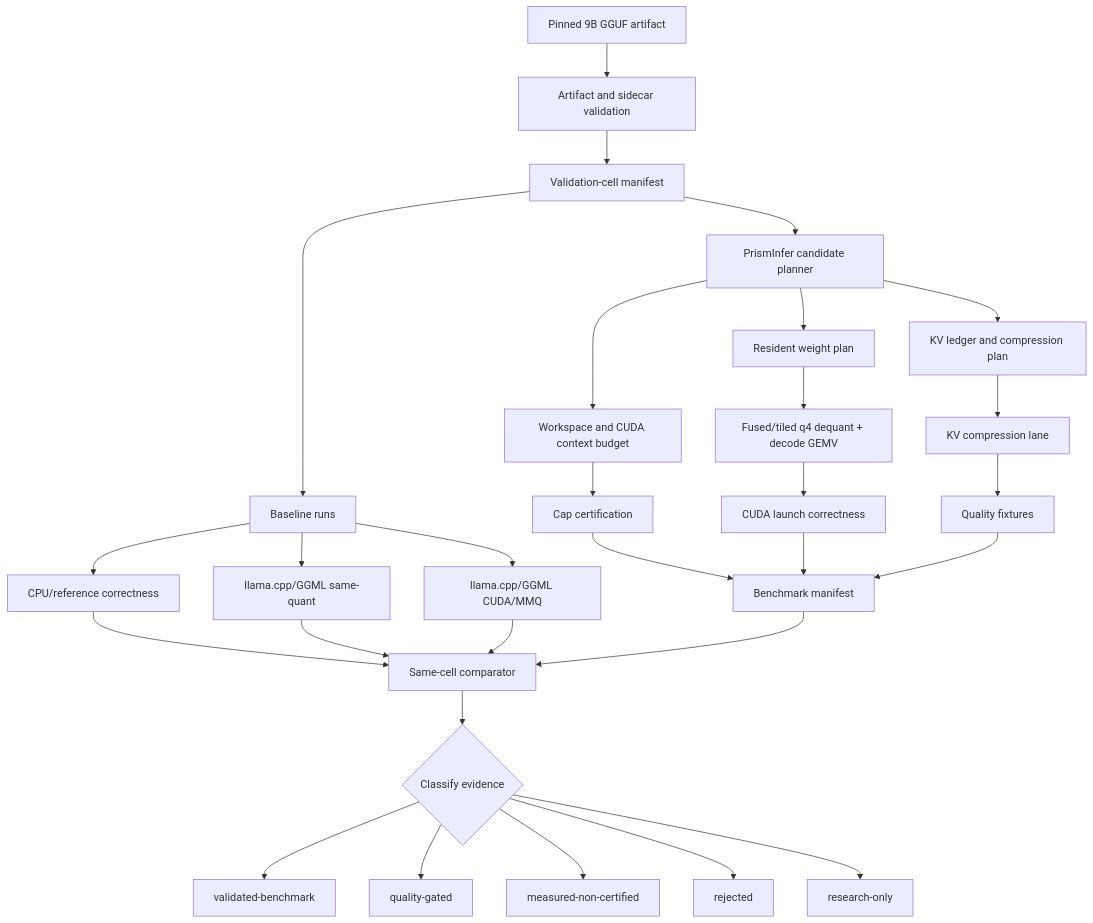
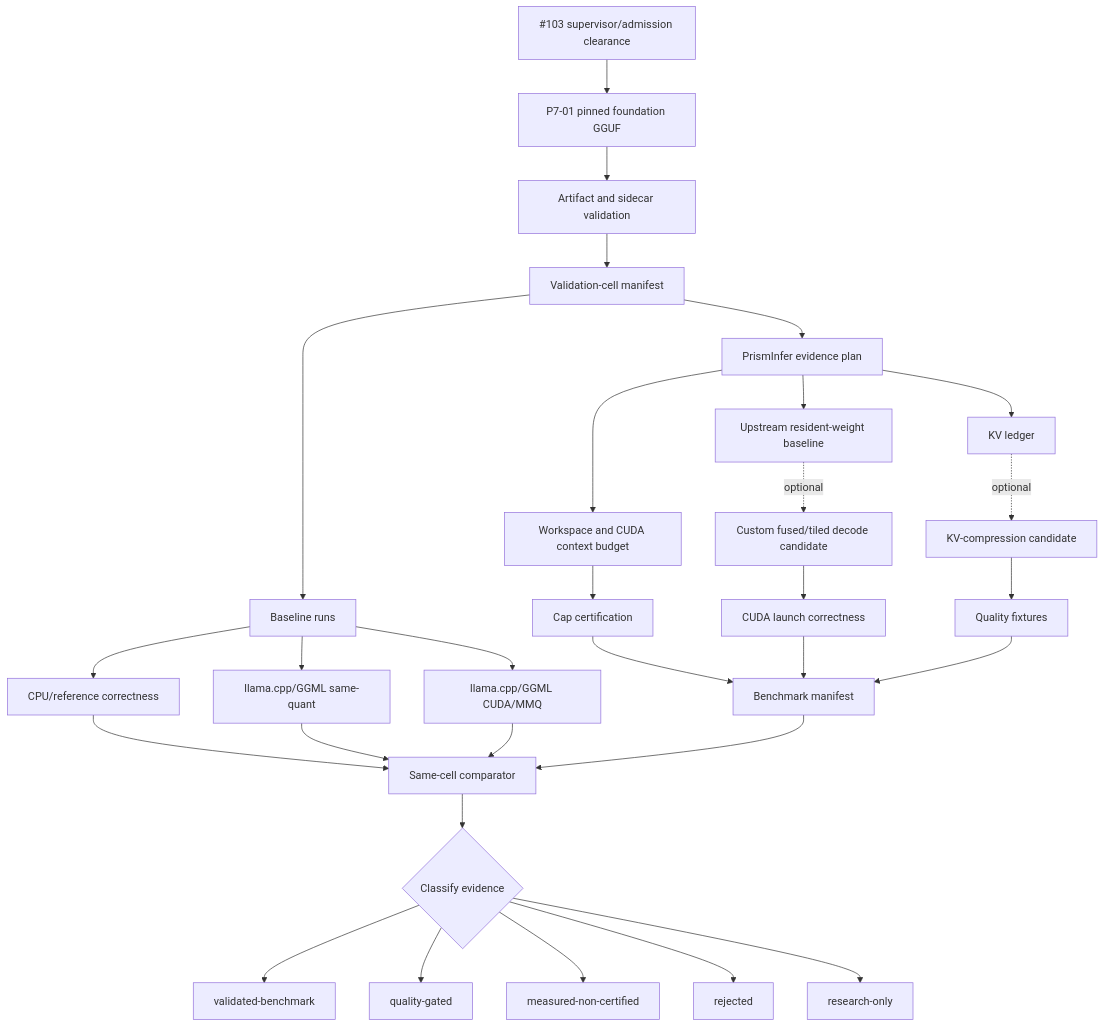
Before and after one commit to Gravelaw/prisminfer: the diagram in docs/phase6-implementation-plan.md, drawn with Mermaid. The commit also changed other lines of this file and 34 other files, not shown here.

Commit message:
Freeze final PrismInfer program plan

````diff
--- a/docs/phase6-implementation-plan.md
+++ b/docs/phase6-implementation-plan.md
@@ -102,31 +120,32 @@
 ```mermaid
 flowchart TD
-  A["Pinned 9B GGUF artifact"] --> B["Artifact and sidecar validation"]
+  SAFE["#103 supervisor/admission clearance"] --> A["P7-01 pinned foundation GGUF"]
+  A --> B["Artifact and sidecar validation"]
   B --> C["Validation-cell manifest"]
   C --> D["Baseline runs"]
   D --> D1["CPU/reference correctness"]
   D --> D2["llama.cpp/GGML same-quant"]
   D --> D3["llama.cpp/GGML CUDA/MMQ"]
-  C --> E["PrismInfer candidate planner"]
-  E --> F["Resident weight plan"]
-  E --> G["KV ledger and compression plan"]
+  C --> E["PrismInfer evidence plan"]
+  E --> F["Upstream resident-weight baseline"]
+  E --> G["KV ledger"]
   E --> H["Workspace and CUDA context budget"]
-  F --> I["Fused/tiled q4 dequant + decode GEMV"]
-  G --> J["KV compression lane"]
+  F -.->|optional| I["Custom fused/tiled decode candidate"]
+  G -.->|optional| J["KV-compression candidate"]
   H --> K["Cap certification"]
   I --> L["CUDA launch correctness"]
   J --> M["Quality fixtures"]
   K --> N["Benchmark manifest"]
   L --> N
   M --> N
   D1 --> O["Same-cell comparator"]
   D2 --> O
   D3 --> O
   N --> O
   O --> P{"Classify evidence"}
   P --> Q["validated-benchmark"]
   P --> R["quality-gated"]
-  P --> S["measured-non-certified"]
+  P --> MNC["measured-non-certified"]
   P --> T["rejected"]
   P --> U["research-only"]
 ```
````
